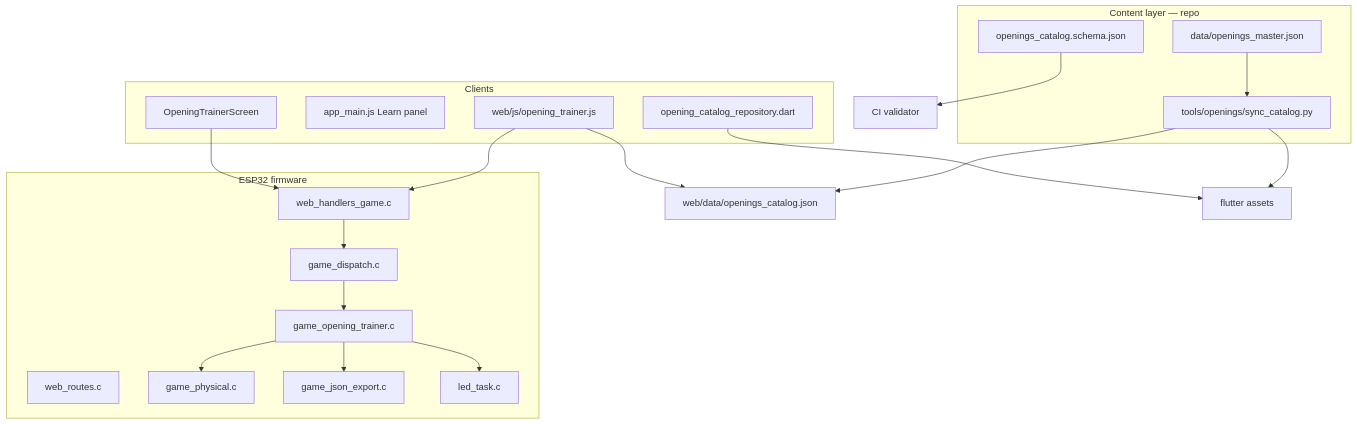
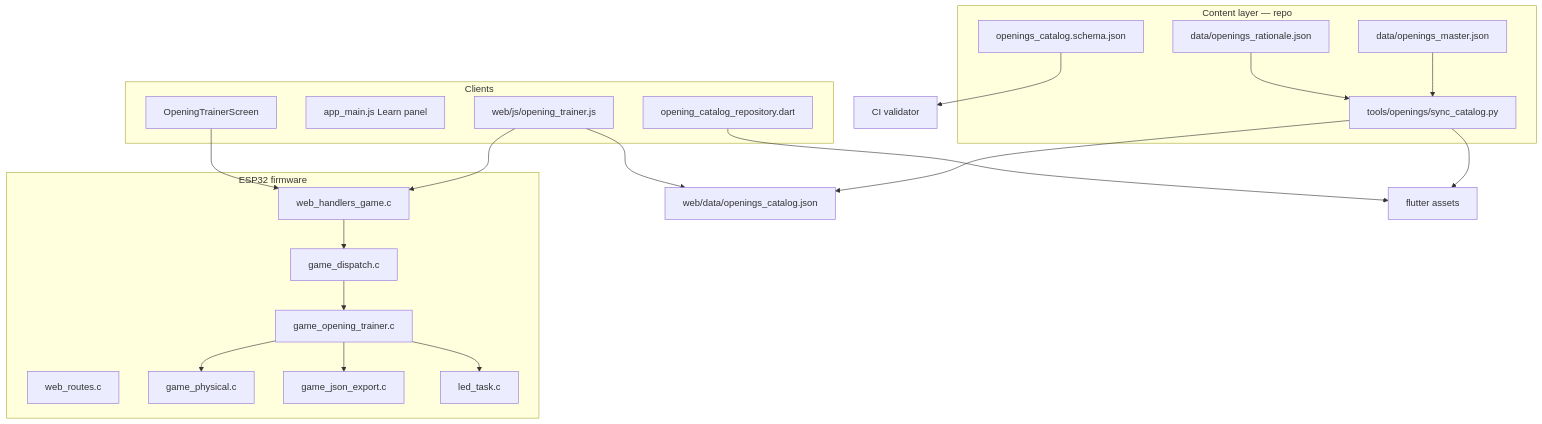
One commit to AlfredKrutina/chess_esp32_c6_devkit changed the third of 4 diagrams in docs/reference/OPENING_TRAINING_PLAN.md. Above: the diagram before and after it, drawn with Mermaid. The commit also changed other lines of this file and 1 other file, not shown here.

First line of the commit message:
docs(openings): upgrade training plan to v2.2

````diff
--- a/docs/reference/OPENING_TRAINING_PLAN.md
+++ b/docs/reference/OPENING_TRAINING_PLAN.md
@@ -309,36 +387,38 @@
 ```mermaid
 flowchart TB
   subgraph content [Content layer — repo]
     Master[data/openings_master.json]
+    Rationale[data/openings_rationale.json]
     Script[tools/openings/sync_catalog.py]
     Schema[openings_catalog.schema.json]
   end
   subgraph clients [Clients]
     WebMod[web/js/opening_trainer.js]
     WebUI[app_main.js Learn panel]
     FlRepo[opening_catalog_repository.dart]
     FlUI[OpeningTrainerScreen]
   end
   subgraph esp [ESP32 firmware]
     Routes[web_routes.c]
     Handler[web_handlers_game.c]
     Dispatch[game_dispatch.c]
     OT[game_opening_trainer.c]
     Phys[game_physical.c]
     JSON[game_json_export.c]
     LED[led_task.c]
   end
   Master --> Script
+  Rationale --> Script
   Script --> WebData[web/data/openings_catalog.json]
   Script --> FlAssets[flutter assets]
   Schema --> CI[CI validator]
   WebMod --> WebData
   FlRepo --> FlAssets
   WebMod --> Handler
   FlUI --> Handler
   Handler --> Dispatch
   Dispatch --> OT
   OT --> Phys
   OT --> LED
   OT --> JSON
 ```
````
